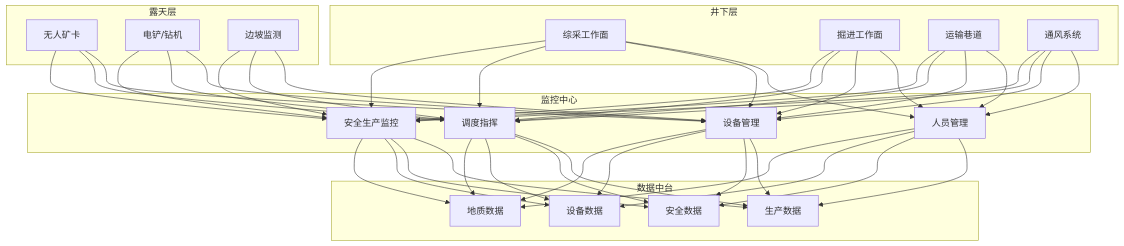
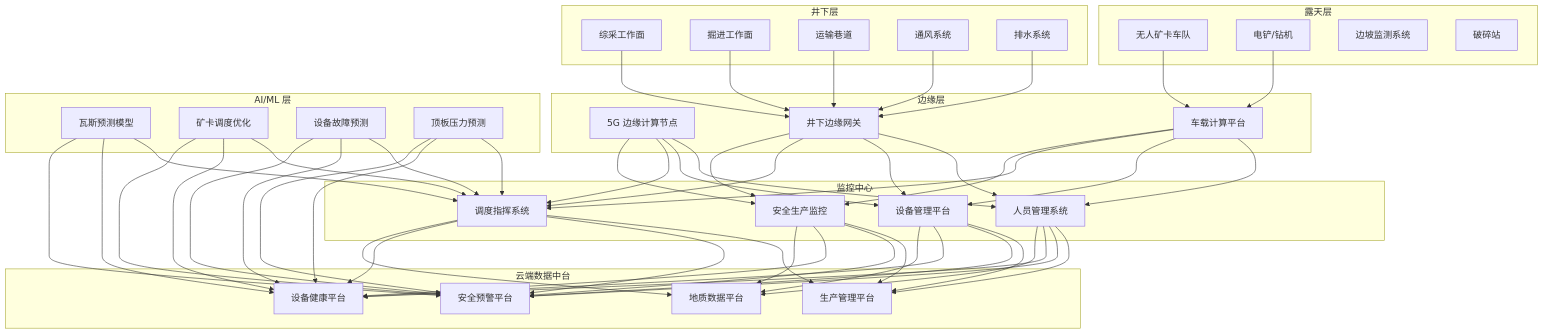
The first of 2 diagrams in topic-application-architecture/47-smart-mining.md (kudig-io/kudig-database), drawn with Mermaid before and after one commit. The commit also changed other lines of this file and 8633 other files, not shown here.

````diff
--- a/topic-application-architecture/47-smart-mining.md
+++ b/topic-application-architecture/47-smart-mining.md
@@ -49,33 +137,50 @@
 ```mermaid
 graph TB
-    subgraph 井下层
+    subgraph UndergroundLayer["井下层"]
         U1[综采工作面]
         U2[掘进工作面]
         U3[运输巷道]
         U4[通风系统]
+        U5[排水系统]
     end
 
-    subgraph 露天层
-        O1[无人矿卡]
+    subgraph SurfaceLayer["露天层"]
+        O1[无人矿卡车队]
         O2[电铲/钻机]
-        O3[边坡监测]
+        O3[边坡监测系统]
+        O4[破碎站]
     end
 
-    subgraph 监控中心
-        C1[安全生产监控]
-        C2[调度指挥]
-        C3[设备管理]
-        C4[人员管理]
+    subgraph EdgeLayer["边缘层"]
+        E1[5G 边缘计算节点]
+        E2[井下边缘网关]
+        E3[车载计算平台]
     end
 
-    subgraph 数据中台
-        D1[地质数据]
-        D2[设备数据]
-        D3[安全数据]
-        D4[生产数据]
+    subgraph ControlCenter["监控中心"]
+        C1[安全生产监控]
+        C2[调度指挥系统]
+        C3[设备管理平台]
+        C4[人员管理系统]
     end
 
-    U1 & U2 & U3 & U4 --> C1 & C2 & C3 & C4
-    O1 & O2 & O3 --> C1 & C2 & C3
+    subgraph CloudLayer["云端数据中台"]
+        D1[地质数据平台]
+        D2[设备健康平台]
+        D3[安全预警平台]
+        D4[生产管理平台]
+    end
+
+    subgraph AILayer["AI/ML 层"]
+        AI1[瓦斯预测模型]
+        AI2[矿卡调度优化]
+        AI3[设备故障预测]
+        AI4[顶板压力预测]
+    end
+
+    U1 & U2 & U3 & U4 & U5 --> E2
+    O1 & O2 --> E3
+    E1 & E2 & E3 --> C1 & C2 & C3 & C4
     C1 & C2 & C3 & C4 --> D1 & D2 & D3 & D4
+    AI1 & AI2 & AI3 & AI4 --> D3 & D2 & C2
 ```
````
